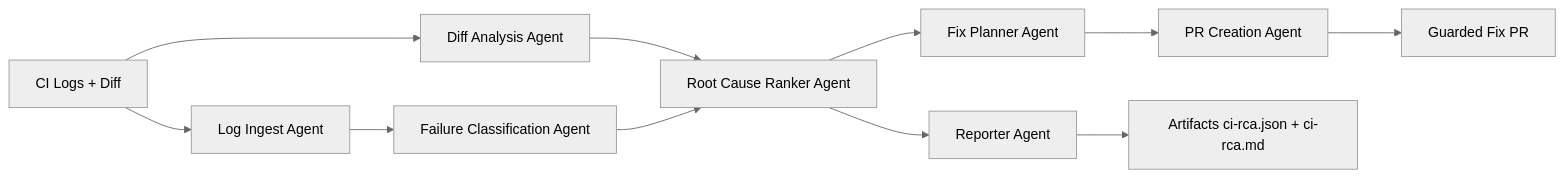
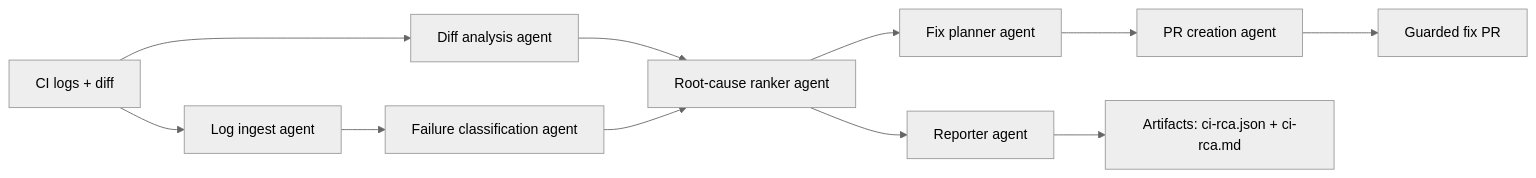
One commit to ibrahim1023/ci-rootcause changed the diagram in README.md. Above: the diagram before and after it, drawn with Mermaid (neutral theme). The commit also changed other lines of this file and 9 other files, not shown here.

````diff
--- a/README.md
+++ b/README.md
@@ -138,13 +240,13 @@
 ```mermaid
 flowchart LR
-  A[CI Logs + Diff] --> B[Log Ingest Agent]
-  A --> C[Diff Analysis Agent]
-  B --> D[Failure Classification Agent]
-  C --> E[Root Cause Ranker Agent]
+  A[CI logs + diff] --> B[Log ingest agent]
+  A --> C[Diff analysis agent]
+  B --> D[Failure classification agent]
+  C --> E[Root-cause ranker agent]
   D --> E
-  E --> F[Fix Planner Agent]
-  E --> G[Reporter Agent]
-  F --> H[PR Creation Agent]
-  G --> I[Artifacts ci-rca.json + ci-rca.md]
-  H --> J[Guarded Fix PR]
+  E --> F[Fix planner agent]
+  E --> G[Reporter agent]
+  F --> H[PR creation agent]
+  G --> I[Artifacts: ci-rca.json + ci-rca.md]
+  H --> J[Guarded fix PR]
 ```
````
